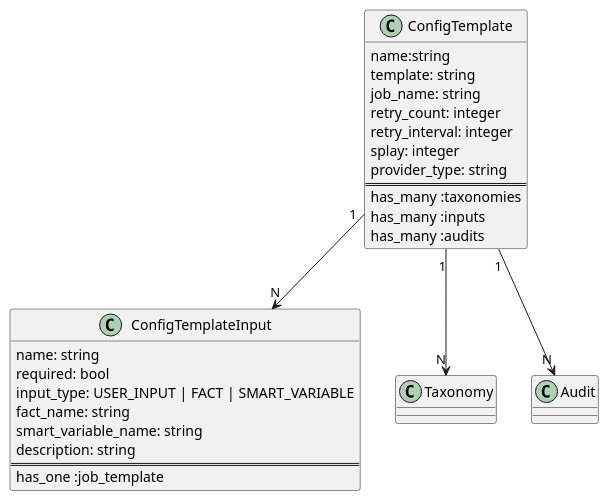
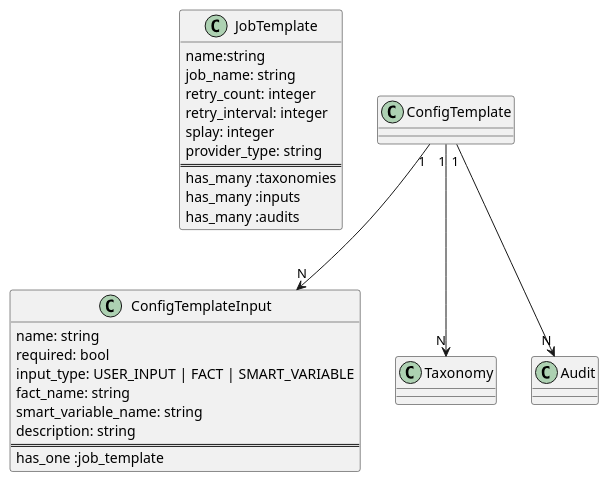
Before and after one commit to theforeman/foreman_remote_execution: the sixth of 14 diagrams in doc/source/design/index.md, drawn with PlantUML. The commit also changed other lines of this file, not shown here.

```diff
--- a/doc/source/design/index.md
+++ b/doc/source/design/index.md
@@ -314,37 +314,35 @@
 {% plantuml %}
 
-
-class ConfigTemplate {
+class JobTemplate {
   name:string
-  template: string
   job_name: string
   retry_count: integer
   retry_interval: integer
   splay: integer
   provider_type: string
   ==
   has_many :taxonomies
   has_many :inputs
   has_many :audits
 }
 
 class ConfigTemplateInput {
   name: string
   required: bool
   input_type: USER_INPUT | FACT | SMART_VARIABLE
   fact_name: string
   smart_variable_name: string
   description: string
   ==
   has_one :job_template
 }
 
 
 ConfigTemplate "1" --> "N" Taxonomy
 ConfigTemplate "1" --> "N" ConfigTemplateInput
 ConfigTemplate "1" --> "N" Audit
 
 class Taxonomy
 class Audit
 
 {% endplantuml %}
```
